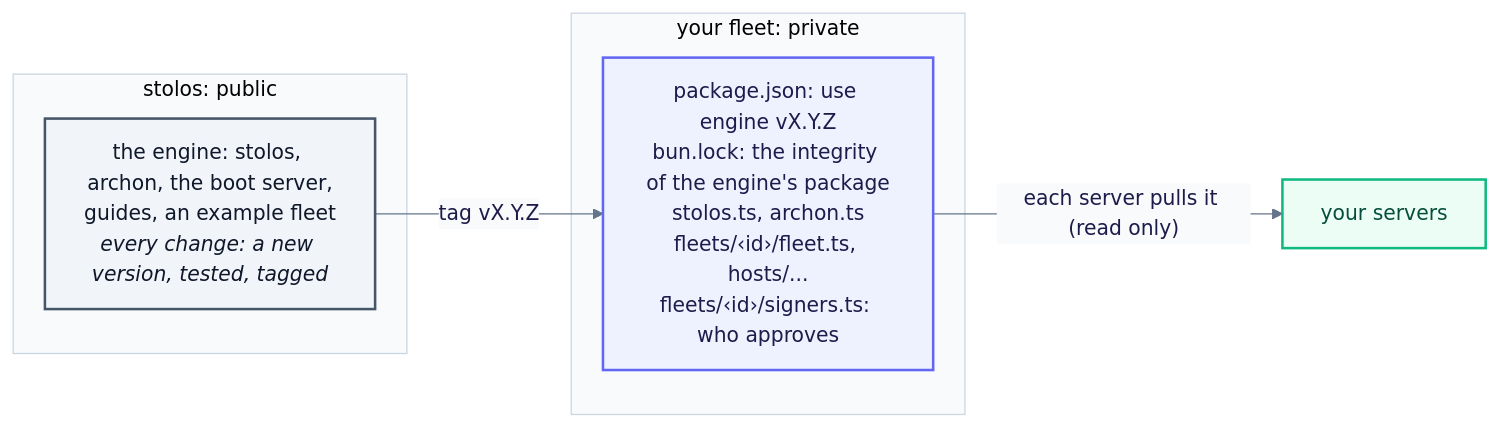
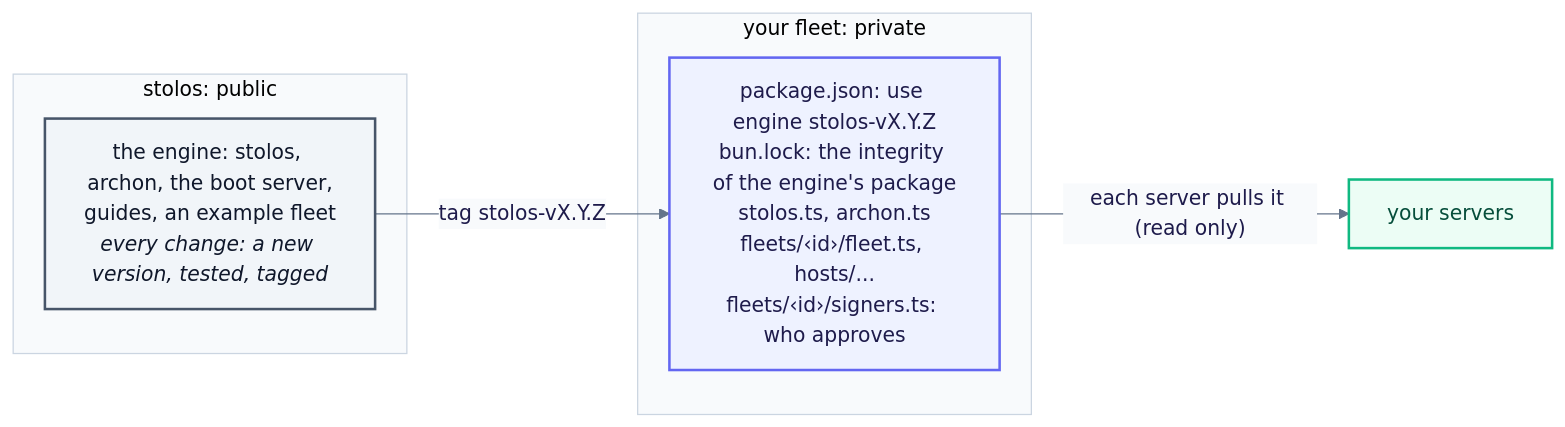
Before and after one commit to intellectual-frontiers/stolos: the fourth of 6 diagrams in README.md, drawn with Mermaid. The commit also changed other lines of this file and 69 other files, not shown here.

````diff
--- a/README.md
+++ b/README.md
@@ -255,28 +255,28 @@
 ```mermaid
 ---
 config:
   theme: base
   themeVariables:
     primaryColor: "#EEF2FF"
     primaryBorderColor: "#6366F1"
     primaryTextColor: "#1E1B4B"
     lineColor: "#64748B"
     edgeLabelBackground: "#F8FAFC"
     clusterBkg: "#F8FAFC"
     clusterBorder: "#CBD5E1"
 ---
 flowchart LR
   subgraph engine["stolos: public"]
     E["the engine: stolos, archon, the boot server,<br/>guides, an example fleet<br/><i>every change: a new version, tested, tagged</i>"]:::gh
   end
   subgraph fleet["your fleet: private"]
-    F["package.json: use engine vX.Y.Z<br/>bun.lock: the integrity of the engine's package<br/>stolos.ts, archon.ts<br/>fleets/‹id›/fleet.ts, hosts/...<br/>fleets/‹id›/signers.ts: who approves"]:::you
+    F["package.json: use engine stolos-vX.Y.Z<br/>bun.lock: the integrity of the engine's package<br/>stolos.ts, archon.ts<br/>fleets/‹id›/fleet.ts, hosts/...<br/>fleets/‹id›/signers.ts: who approves"]:::you
   end
   S["your servers"]:::ok
-  E -- "tag vX.Y.Z" --> F
+  E -- "tag stolos-vX.Y.Z" --> F
   F -- "each server pulls it (read only)" --> S
   classDef you fill:#EEF2FF,stroke:#6366F1,stroke-width:2px,color:#1E1B4B
   classDef gh fill:#F1F5F9,stroke:#475569,stroke-width:2px,color:#0F172A
   classDef ok fill:#ECFDF5,stroke:#10B981,stroke-width:2px,color:#064E3B
   classDef no fill:#FEF2F2,stroke:#EF4444,stroke-width:2px,color:#7F1D1D
 ```
````
